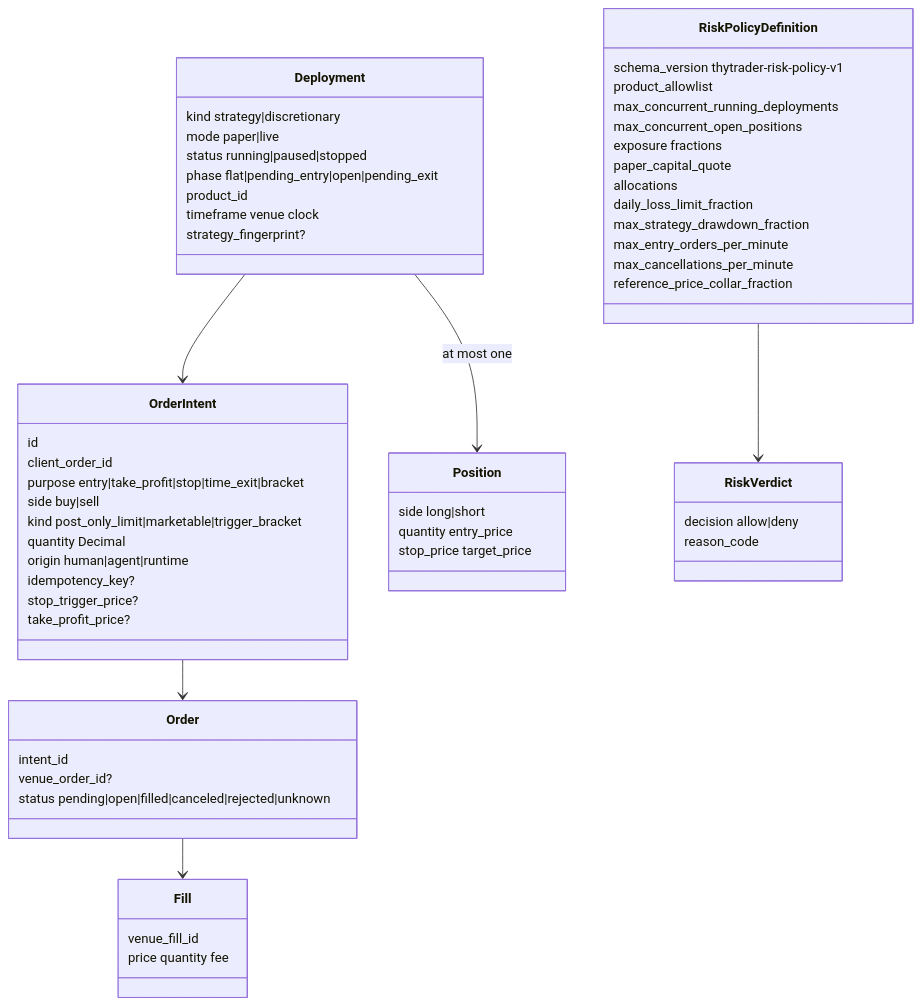
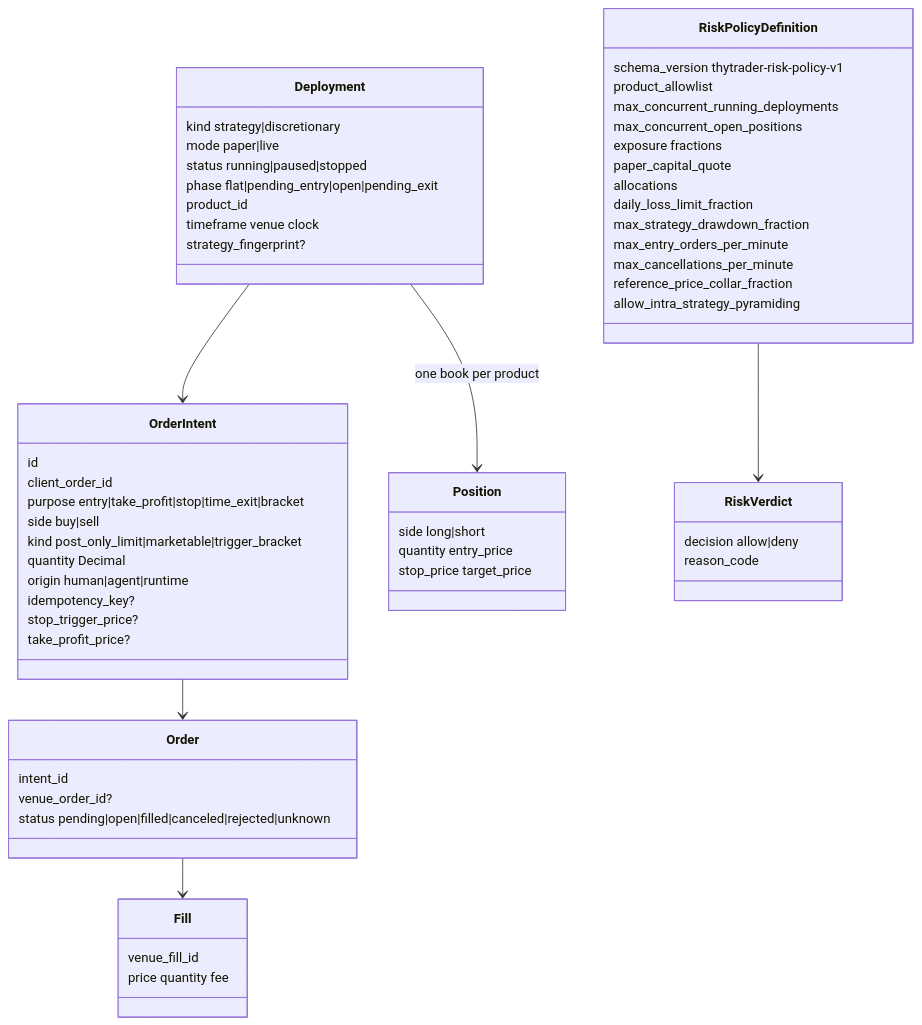
The second of 2 diagrams in docs/architecture/contracts/execution.md (Zoltesh/thytrader), drawn with Mermaid before and after one commit. The commit also changed 65 other files, not shown here.

First line of the commit message:
feat(strategy): multi-instrument documents and intra-strategy pyramiding (ADR 0056)

````diff
--- a/docs/architecture/contracts/execution.md
+++ b/docs/architecture/contracts/execution.md
@@ -34,61 +34,62 @@
 ```mermaid
 classDiagram
   class Deployment {
     kind strategy|discretionary
     mode paper|live
     status running|paused|stopped
     phase flat|pending_entry|open|pending_exit
     product_id
     timeframe venue clock
     strategy_fingerprint?
   }
   class OrderIntent {
     id
     client_order_id
     purpose entry|take_profit|stop|time_exit|bracket
     side buy|sell
     kind post_only_limit|marketable|trigger_bracket
     quantity Decimal
     origin human|agent|runtime
     idempotency_key?
     stop_trigger_price?
     take_profit_price?
   }
   class Order {
     intent_id
     venue_order_id?
     status pending|open|filled|canceled|rejected|unknown
   }
   class Fill {
     venue_fill_id
     price quantity fee
   }
   class Position {
     side long|short
     quantity entry_price
     stop_price target_price
   }
   class RiskPolicyDefinition {
     schema_version thytrader-risk-policy-v1
     product_allowlist
     max_concurrent_running_deployments
     max_concurrent_open_positions
     exposure fractions
     paper_capital_quote
     allocations
     daily_loss_limit_fraction
     max_strategy_drawdown_fraction
     max_entry_orders_per_minute
     max_cancellations_per_minute
     reference_price_collar_fraction
+    allow_intra_strategy_pyramiding
   }
   class RiskVerdict {
     decision allow|deny
     reason_code
   }
   Deployment --> OrderIntent
   OrderIntent --> Order
   Order --> Fill
-  Deployment --> Position : at most one
+  Deployment --> Position : one book per product
   RiskPolicyDefinition --> RiskVerdict
 ```
````
